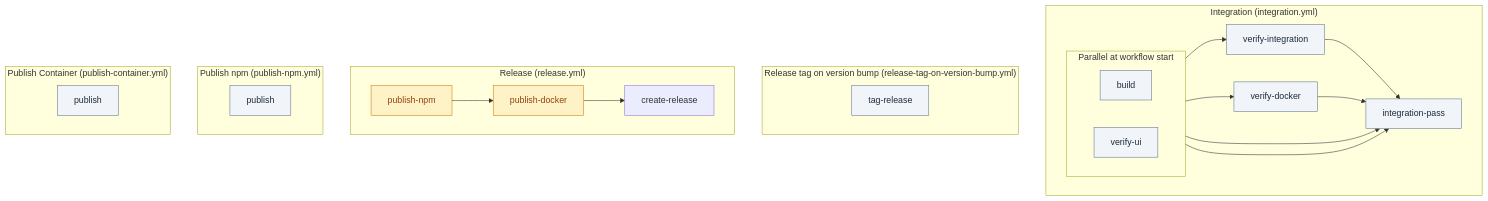
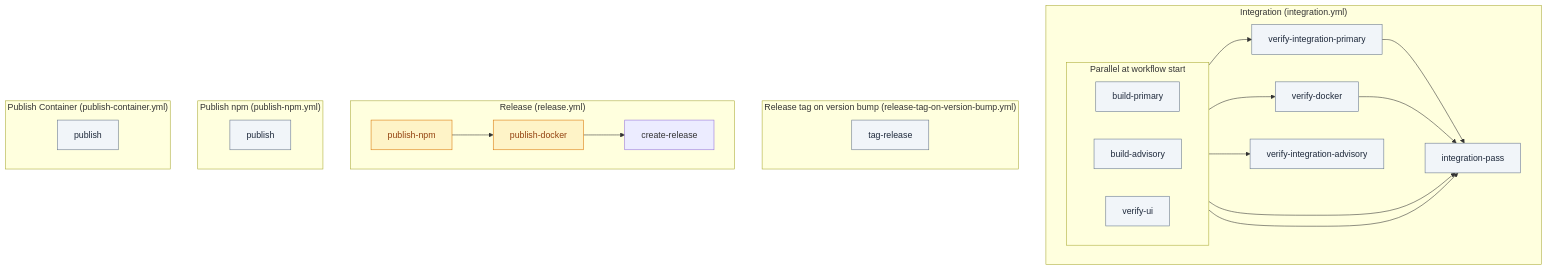
The second of 3 diagrams in .github/workflows/README.md (debian777/kairos-mcp), drawn with Mermaid before and after one commit. The commit also changed other lines of this file and 2 other files, not shown here.

Commit message:
fix(ci): gate integration-pass on Node 24 jobs only

````diff
--- a/.github/workflows/README.md
+++ b/.github/workflows/README.md
@@ -73,43 +73,46 @@
 ```mermaid
 flowchart TB
   subgraph INT_WF["Integration (integration.yml)"]
-    subgraph parallel_with_build [Parallel at workflow start]
+    subgraph parallel_start [Parallel at workflow start]
       direction LR
-      J_BLD[build]
+      J_BLD_P[build-primary]
+      J_BLD_A[build-advisory]
       J_UI[verify-ui]
     end
-    J_INT[verify-integration]
+    J_INT_P[verify-integration-primary]
+    J_INT_A[verify-integration-advisory]
     J_DKR[verify-docker]
     J_PASS[integration-pass]
-    J_BLD --> J_INT
-    J_BLD --> J_DKR
-    J_BLD --> J_PASS
+    J_BLD_P --> J_INT_P
+    J_BLD_P --> J_DKR
+    J_BLD_A --> J_INT_A
+    J_BLD_P --> J_PASS
     J_UI --> J_PASS
-    J_INT --> J_PASS
+    J_INT_P --> J_PASS
     J_DKR --> J_PASS
   end
 
   subgraph RTAG_WF["Release tag on version bump (release-tag-on-version-bump.yml)"]
     J_TAG[tag-release]
   end
 
   subgraph REL_WF["Release (release.yml)"]
     J_NPM[publish-npm]
     J_DOCKER[publish-docker]
     J_REL[create-release]
     J_NPM --> J_DOCKER --> J_REL
   end
 
   subgraph PNPM_WF["Publish npm (publish-npm.yml)"]
     J_PNPM[publish]
   end
 
   subgraph PCONT_WF["Publish Container (publish-container.yml)"]
     J_PCONT[publish]
   end
 
   classDef jobDefault fill:#f1f5f9,stroke:#64748b,color:#1e293b
   classDef jobNeeds fill:#fef3c7,stroke:#d97706,color:#92400e
-  class J_BLD,J_UI,J_INT,J_DKR,J_PASS,J_TAG,J_PNPM,J_PCONT jobDefault
+  class J_BLD_P,J_BLD_A,J_UI,J_INT_P,J_INT_A,J_DKR,J_PASS,J_TAG,J_PNPM,J_PCONT jobDefault
   class J_NPM,J_DOCKER jobNeeds
 ```
````
